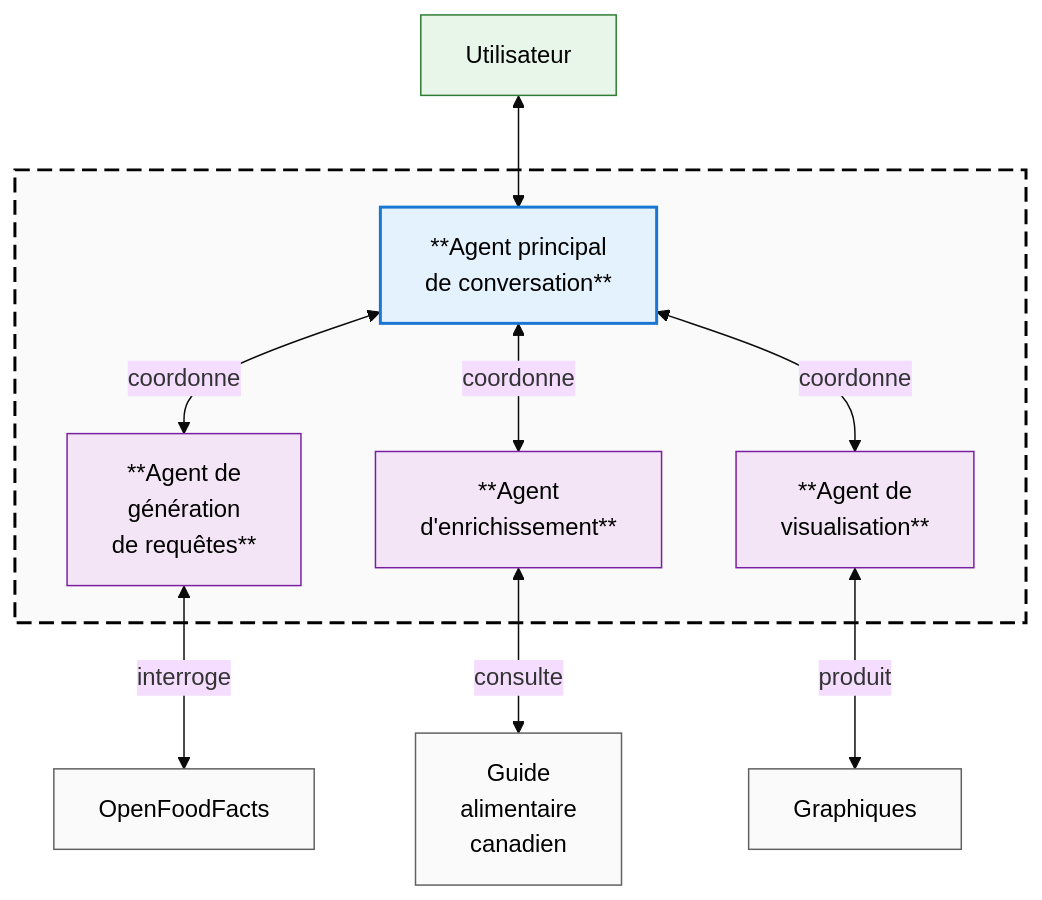
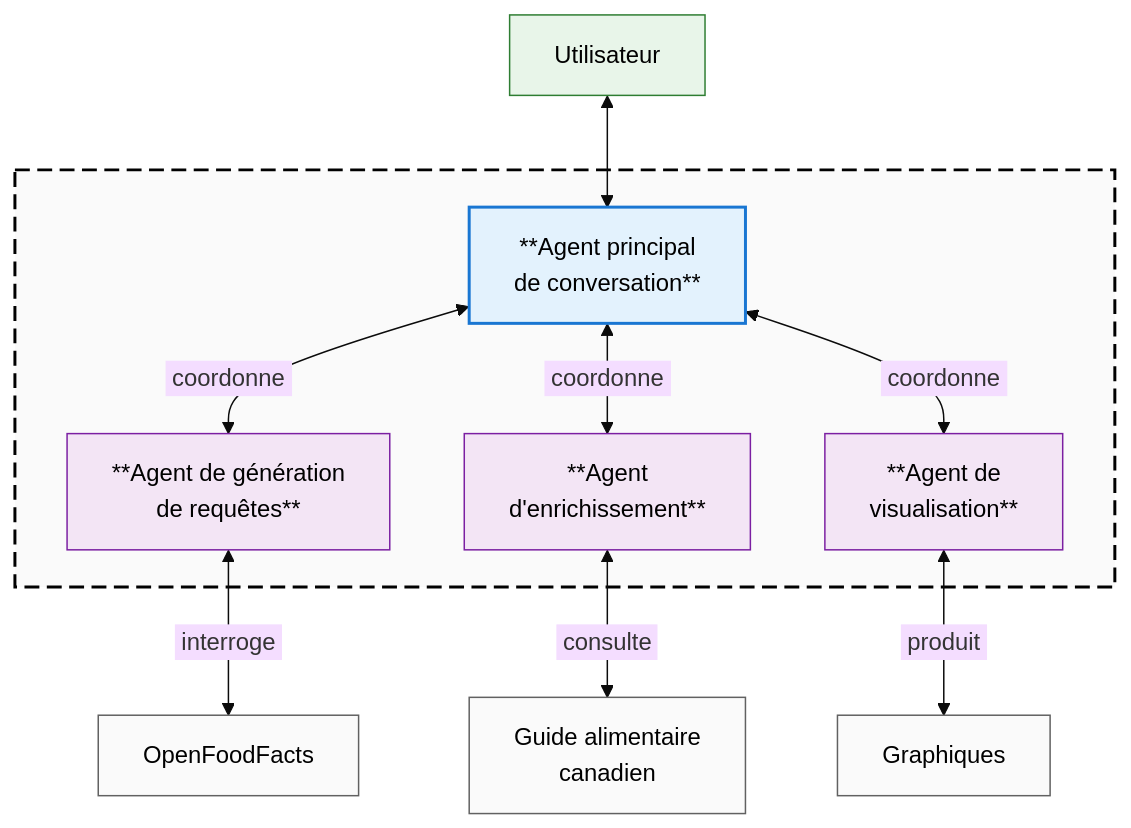
One commit to boisalai/ift-6005 changed the second of 2 diagrams in docs/markdown/plan.md. Above: the diagram before and after it, drawn with Mermaid (base theme).

````diff
--- a/docs/markdown/plan.md
+++ b/docs/markdown/plan.md
@@ -93,32 +93,32 @@
 ```mermaid
 graph TD
     %% Définition de classes
     classDef main fill:#e3f2fd,stroke:#1976d2,color:#000000,stroke-width:2px
     classDef agent fill:#f3e5f5,stroke:#7b1fa2,color:#000000
     classDef resource fill:#fafafa,stroke:#616161,color:#000000
     classDef user fill:#e8f5e9,stroke:#2e7d32,color:#000000
     classDef system_border stroke:#000000,stroke-width:2px,stroke-dasharray:10 5,fill:#fafafa
 
     U["Utilisateur"] <--> MA
 
     subgraph S[ ]
         MA["**Agent principal<br>de conversation**"]
-        A1["**Agent de<br>génération<br>de requêtes**"]
+        A1["**Agent de génération<br>de requêtes**"]
         A2["**Agent<br>d'enrichissement**"]
         A3["**Agent de<br>visualisation**"]
         
-        MA <-->|coordonne| A1
-        MA <-->|coordonne| A2
-        MA <-->|coordonne| A3
+        MA <-->|&nbsp;coordonne&nbsp;| A1
+        MA <-->|&nbsp;coordonne&nbsp;| A2
+        MA <-->|&nbsp;coordonne&nbsp;| A3
     end
     
-    A1 <-->|interroge| DB["OpenFoodFacts"]
-    A2 <-->|consulte| GAC["Guide<br>alimentaire<br>canadien"]
-    A3 <-->|produit| V["Graphiques"]
+    A1 <-->|&nbsp;interroge&nbsp;| DB["OpenFoodFacts"]
+    A2 <-->|&nbsp;consulte&nbsp;| GAC["Guide alimentaire<br>canadien"]
+    A3 <-->|&nbsp;produit&nbsp;| V["Graphiques"]
     
     class MA main
     class A1,A2,A3 agent
     class DB,GAC,V resource
     class U user
     class S system_border
 ```
````
